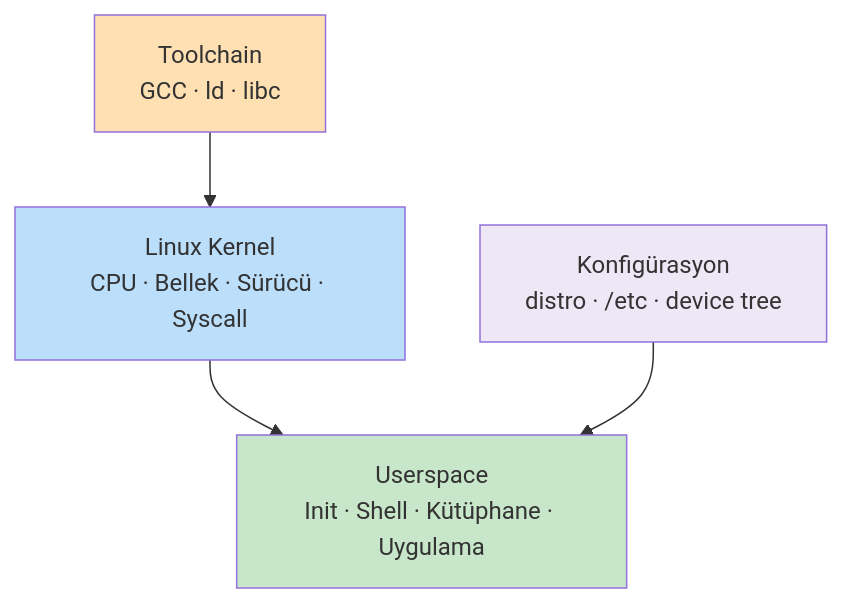
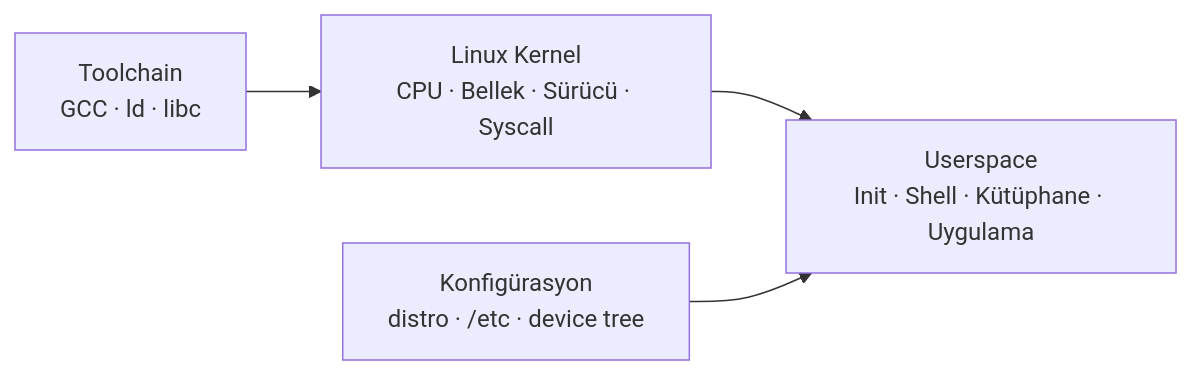
Before and after one commit to serkanMzlm/MechatronicsNotebook: the first of 5 diagrams in docs/md/linux/basics.md, drawn with Mermaid. The commit also changed other lines of this file and 5 other files, not shown here.

````diff
--- a/docs/md/linux/basics.md
+++ b/docs/md/linux/basics.md
@@ -6,11 +3,6 @@
 ```mermaid
-graph TD
-    KERNEL[Linux Kernel\nCPU · Bellek · Sürücü · Syscall] --> USER[Userspace\nInit · Shell · Kütüphane · Uygulama]
-    TOOLCHAIN[Toolchain\nGCC · ld · libc] --> KERNEL
-    CONFIG[Konfigürasyon\ndistro · /etc · device tree] --> USER
-
-    style KERNEL fill:#BBDEFB
-    style USER fill:#C8E6C9
-    style TOOLCHAIN fill:#FFE0B2
-    style CONFIG fill:#EDE7F6
+graph LR
+    KERNEL["Linux Kernel<br/>CPU · Bellek · Sürücü · Syscall"] --> USER["Userspace<br/>Init · Shell · Kütüphane · Uygulama"]
+    TOOLCHAIN["Toolchain<br/>GCC · ld · libc"] --> KERNEL
+    CONFIG["Konfigürasyon<br/>distro · /etc · device tree"] --> USER
 ```
````
